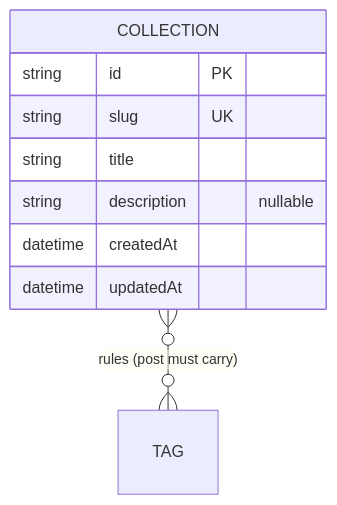
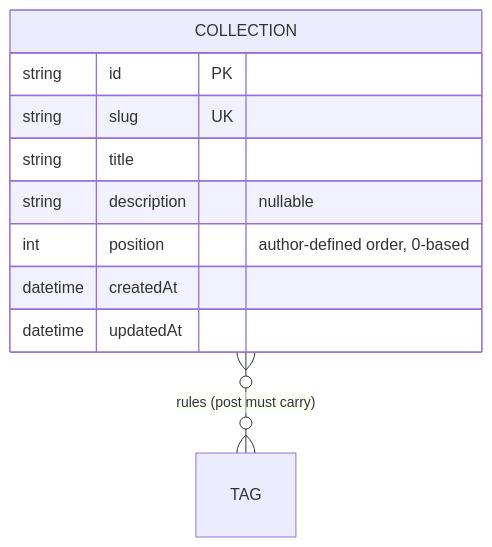
Before and after one commit to MASKUN2/inhology: the diagram in design/domain/collection.md, drawn with Mermaid. The commit also changed other lines of this file and 17 other files, not shown here.

First line of the commit message:
feat: author-defined collection order with drag-and-drop in the admin

````diff
--- a/design/domain/collection.md
+++ b/design/domain/collection.md
@@ -6,13 +6,14 @@
 ```mermaid
 erDiagram
     COLLECTION }o--o{ TAG : "rules (post must carry)"
 
     COLLECTION {
         string   id PK
         string   slug UK
         string   title
         string   description "nullable"
+        int      position "author-defined order, 0-based"
         datetime createdAt
         datetime updatedAt
     }
 ```
````
